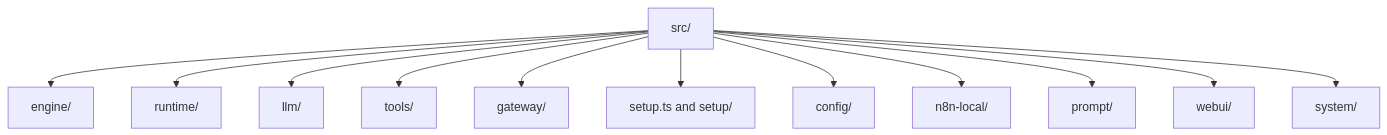
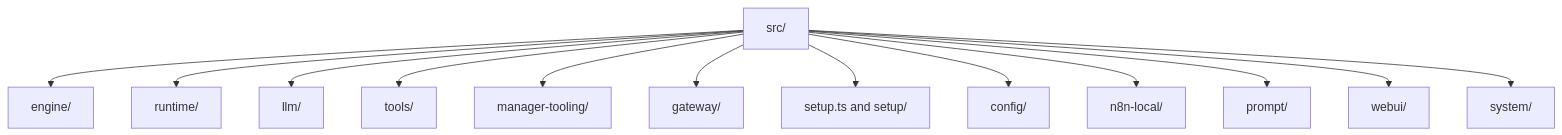
Before and after one commit to EtienneLescot/yagr: the first of 3 diagrams in architecture/current/module-map.md, drawn with Mermaid. The commit also changed other lines of this file and 10 other files, not shown here.

Commit message:
refactor: reorganize manager tooling and update workflow presentation logic

````diff
--- a/architecture/current/module-map.md
+++ b/architecture/current/module-map.md
@@ -7,15 +7,16 @@
 ```mermaid
 flowchart TD
     SRC[src/]
     SRC --> ENGINE[engine/]
     SRC --> RUNTIME[runtime/]
     SRC --> LLM[llm/]
     SRC --> TOOLS[tools/]
+    SRC --> MGR[manager-tooling/]
     SRC --> GATEWAY[gateway/]
     SRC --> SETUP[setup.ts and setup/]
     SRC --> CONFIG[config/]
     SRC --> N8NLOCAL[n8n-local/]
     SRC --> PROMPT[prompt/]
     SRC --> WEBUI[webui/]
     SRC --> SYSTEM[system/]
 ```
````
